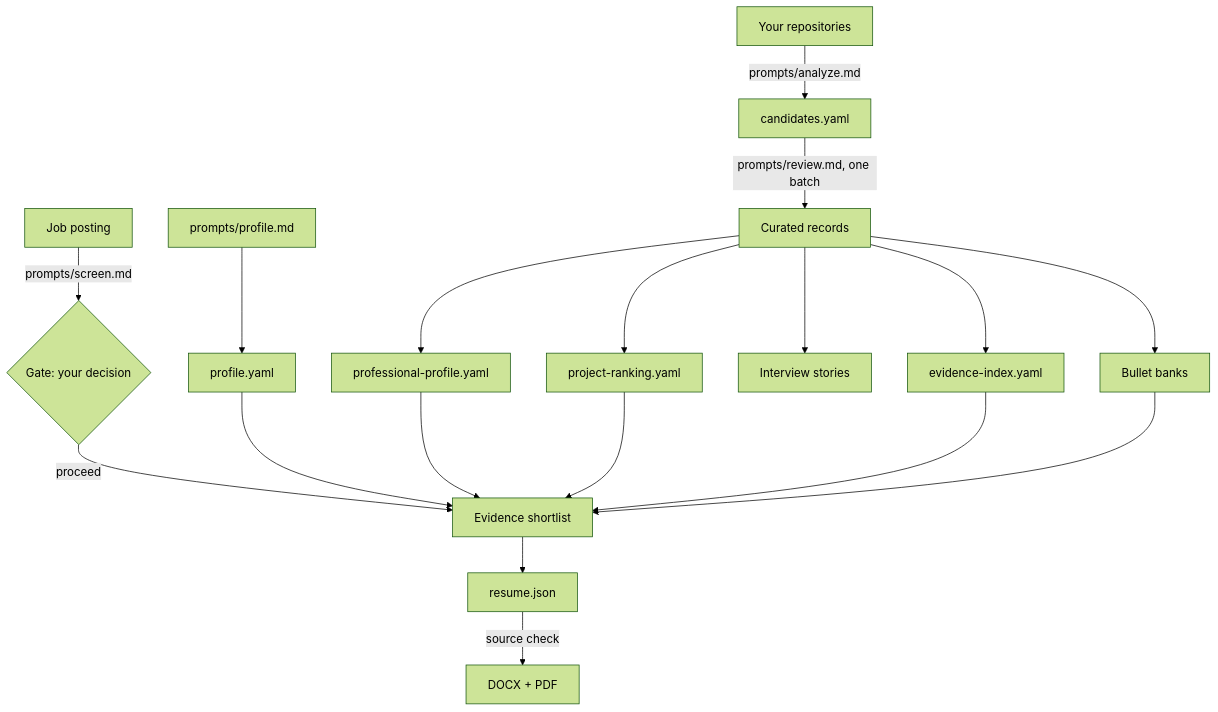
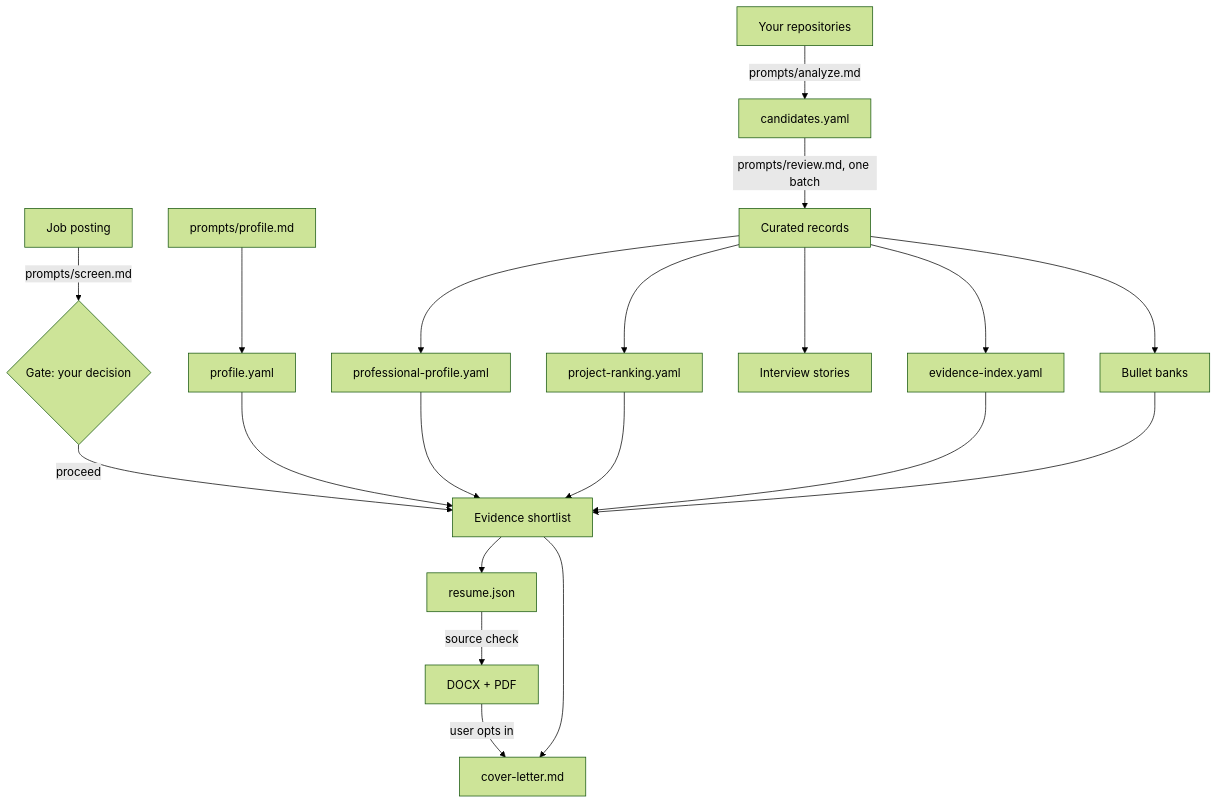
Before and after one commit to AymanYehia23/ekb-toolkit: the diagram in README.md, drawn with Mermaid (forest theme). The commit also changed other lines of this file and 12 other files, not shown here.

Commit message:
Add evidence-bound cover letter workflow

````diff
--- a/README.md
+++ b/README.md
@@ -498,20 +518,22 @@
 ```mermaid
 flowchart TD
     A[Your repositories] -->|prompts/analyze.md| B[candidates.yaml]
     B -->|prompts/review.md, one batch| C[Curated records]
     P[prompts/profile.md] --> D[profile.yaml]
     C --> E[professional-profile.yaml]
     C --> F[project-ranking.yaml]
     C --> G[evidence-index.yaml]
     C --> H[Interview stories]
     C --> I[Bullet banks]
     J[Job posting] -->|prompts/screen.md| K{Gate: your decision}
     K -->|proceed| L[Evidence shortlist]
     D --> L
     E --> L
     F --> L
     G --> L
     I --> L
     L --> M[resume.json]
     M -->|source check| N[DOCX + PDF]
+    N -->|user opts in| O[cover-letter.md]
+    L --> O
 ```
````
